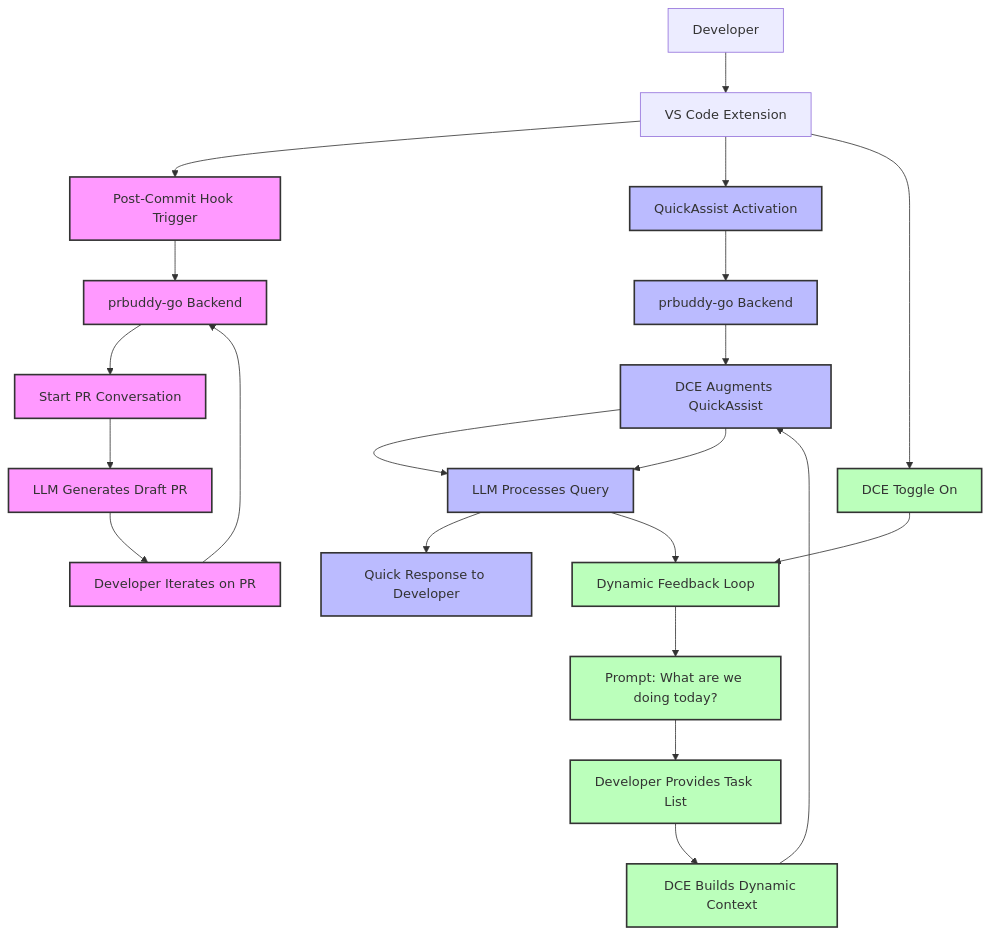
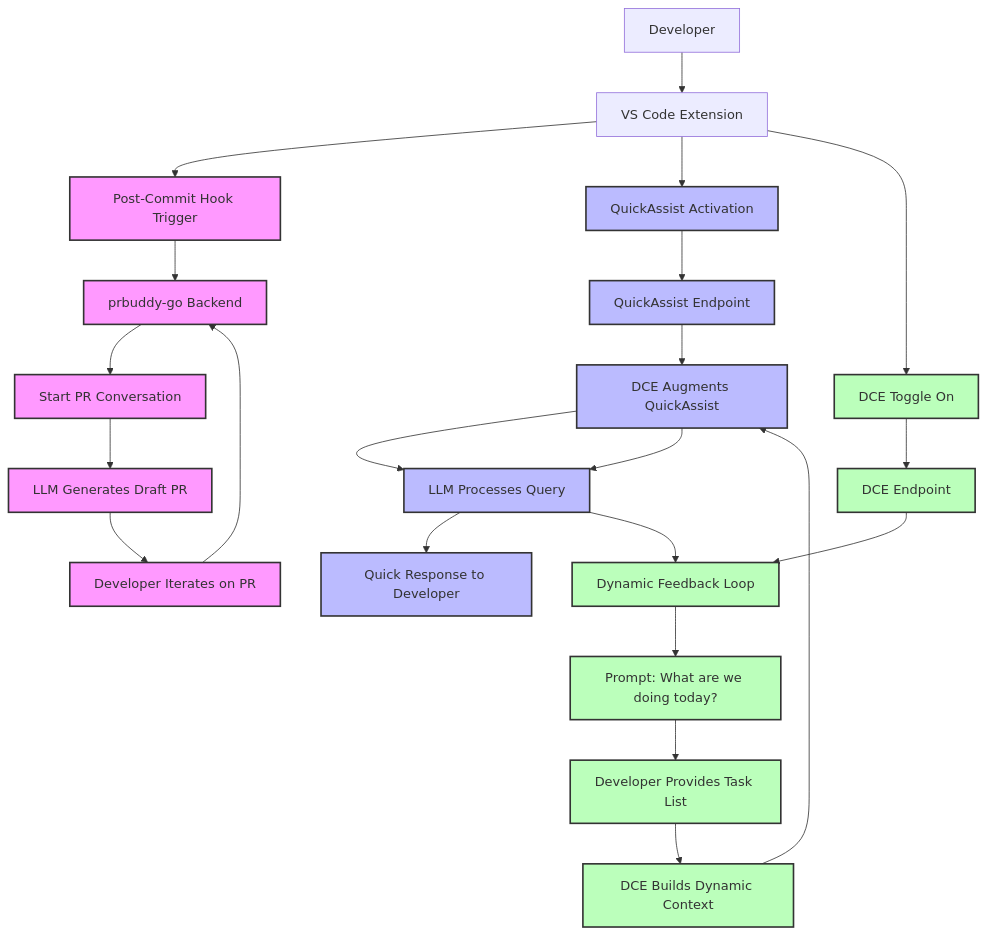
The second of 2 diagrams in docs/dce_integration.md (soyuz43/PRbuddy), drawn with Mermaid before and after one commit. The commit also changed other lines of this file and 9 other files, not shown here.

````diff
--- a/docs/dce_integration.md
+++ b/docs/dce_integration.md
@@ -2,39 +45,39 @@
 ```mermaid
 graph TD
     A[Developer] --> B[VS Code Extension]
 
     %% Path 1: Generating PRs on Commit
     B --> C1[Post-Commit Hook Trigger]
     C1 --> D1[prbuddy-go Backend]
     D1 --> E1[Start PR Conversation]
     E1 --> F1[LLM Generates Draft PR]
     F1 --> G1[Developer Iterates on PR]
     G1 --> D1
 
     %% Path 2: Using QuickAssist
     B --> C2[QuickAssist Activation]
-    C2 --> D2[prbuddy-go Backend]
+    C2 --> D2[QuickAssist Endpoint]
     D2 --> E2[Create Ephemeral Context]
     E2 --> F2[LLM Processes Query]
     F2 --> G2[Quick Response to Developer]
 
     %% Path 3: Activating DCE
     B --> C3[DCE Toggle On]
-    C3 --> H3[DCE Loop Initialized]
+    C3 --> D3[DCE Endpoint]
+    D3 --> H3[DCE Loop Initialized]
     H3 --> F3[Prompt: What are we doing today?]
     F3 --> G3[Developer Provides Task List]
     G3 --> I3[DCE Builds Dynamic Context]
     I3 --> E2[DCE Augments QuickAssist]
     E2 --> F2
     F2 --> H3[Dynamic Feedback Loop]
 
     %% Styling for clarity
     classDef path1 fill:#f9f,stroke:#333,stroke-width:2px;
     classDef path2 fill:#bbf,stroke:#333,stroke-width:2px;
     classDef path3 fill:#bfb,stroke:#333,stroke-width:2px;
 
     class C1,D1,E1,F1,G1 path1;
     class C2,D2,E2,F2,G2 path2;
-    class C3,H3,F3,G3,I3 path3;
-
+    class C3,D3,H3,F3,G3,I3 path3;
 ```
````
